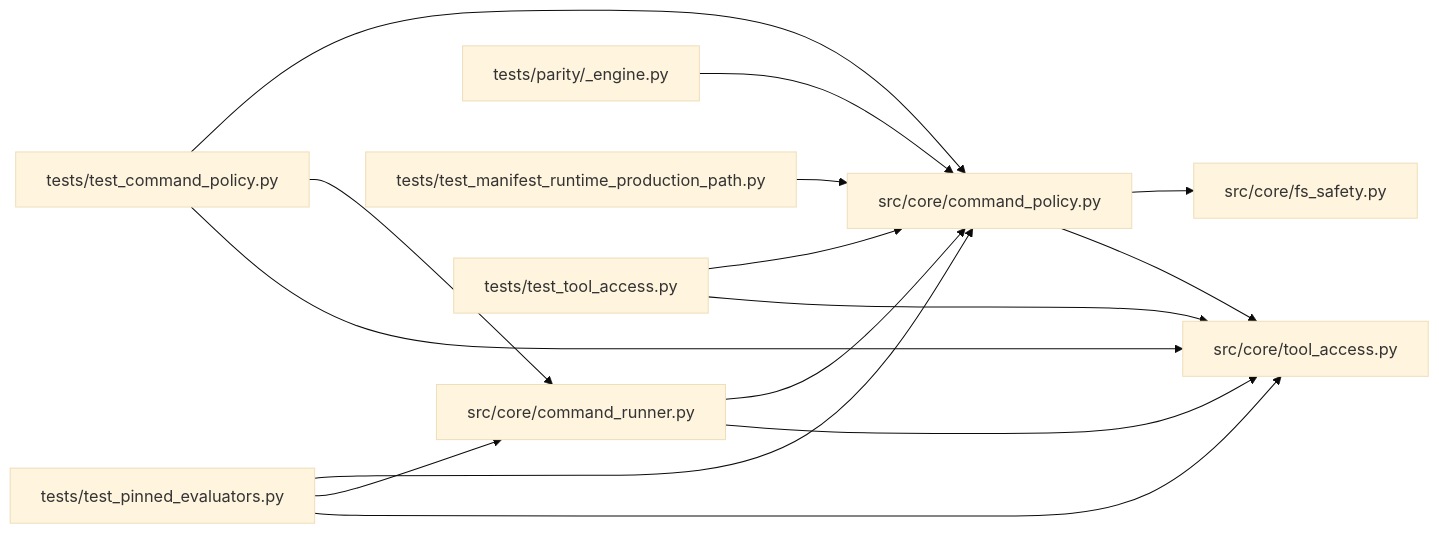
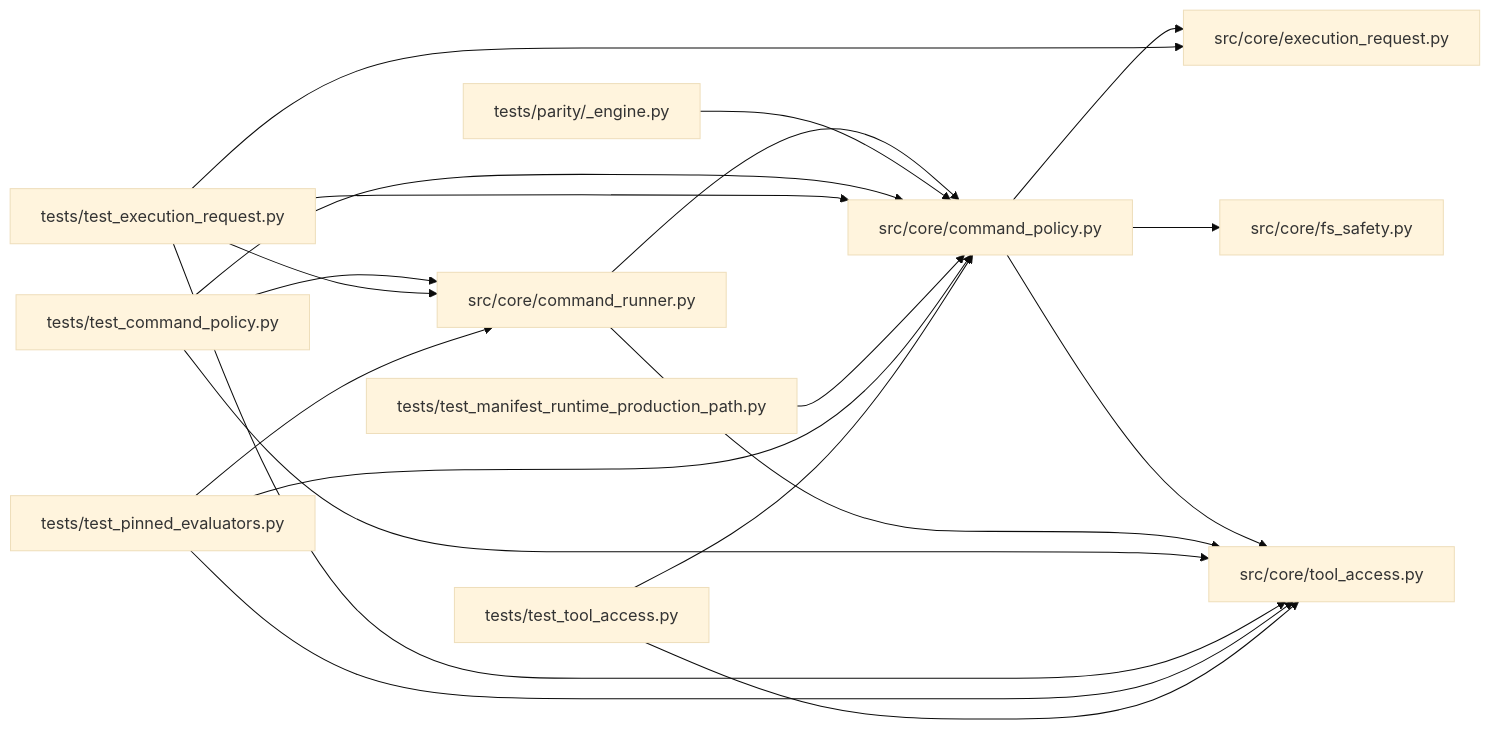
One commit to Denissvgn/autoresearch-agent changed the diagram in docs/llm_wiki/modules/command_policy.md. Above: the diagram before and after it, drawn with Mermaid (base theme). The commit also changed other lines of this file and 41 other files, not shown here.

First line of the commit message:
docs(wiki): sync pages for the single execution request resolver

````diff
--- a/docs/llm_wiki/modules/command_policy.md
+++ b/docs/llm_wiki/modules/command_policy.md
@@ -26,35 +27,44 @@
 ```mermaid
 flowchart LR
     n0["src/core/command_policy.py"]
     n1["src/core/command_runner.py"]
-    n2["src/core/fs_safety.py"]
-    n3["src/core/tool_access.py"]
-    n4["tests/parity/_engine.py"]
-    n5["tests/test_command_policy.py"]
-    n6["tests/test_manifest_runtime_production_path.py"]
-    n7["tests/test_pinned_evaluators.py"]
-    n8["tests/test_tool_access.py"]
+    n2["src/core/execution_request.py"]
+    n3["src/core/fs_safety.py"]
+    n4["src/core/tool_access.py"]
+    n5["tests/parity/_engine.py"]
+    n6["tests/test_command_policy.py"]
+    n7["tests/test_execution_request.py"]
+    n8["tests/test_manifest_runtime_production_path.py"]
+    n9["tests/test_pinned_evaluators.py"]
+    n10["tests/test_tool_access.py"]
     n0 --> n2
     n0 --> n3
+    n0 --> n4
     n1 --> n0
-    n1 --> n3
-    n4 --> n0
+    n1 --> n4
     n5 --> n0
-    n5 --> n1
-    n5 --> n3
     n6 --> n0
+    n6 --> n1
+    n6 --> n4
     n7 --> n0
     n7 --> n1
-    n7 --> n3
+    n7 --> n2
+    n7 --> n4
     n8 --> n0
-    n8 --> n3
+    n9 --> n0
+    n9 --> n1
+    n9 --> n4
+    n10 --> n0
+    n10 --> n4
     click n0 "../modules/command_policy.md"
     click n1 "../modules/command_runner.md"
-    click n2 "../modules/fs_safety.md"
-    click n3 "../modules/tool_access.md"
-    click n4 "../modules/_engine.md"
-    click n5 "../modules/test_command_policy.md"
-    click n6 "../modules/test_manifest_runtime_production_path.md"
-    click n7 "../modules/test_pinned_evaluators.md"
-    click n8 "../modules/test_tool_access.md"
+    click n2 "../modules/execution_request.md"
+    click n3 "../modules/fs_safety.md"
+    click n4 "../modules/tool_access.md"
+    click n5 "../modules/_engine.md"
+    click n6 "../modules/test_command_policy.md"
+    click n7 "../modules/test_execution_request.md"
+    click n8 "../modules/test_manifest_runtime_production_path.md"
+    click n9 "../modules/test_pinned_evaluators.md"
+    click n10 "../modules/test_tool_access.md"
 ```
````
